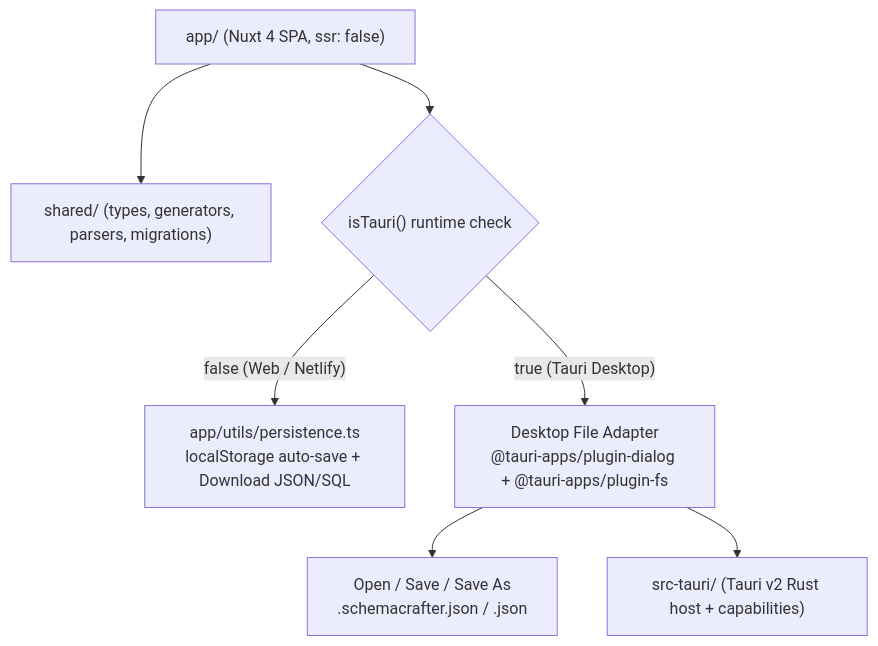
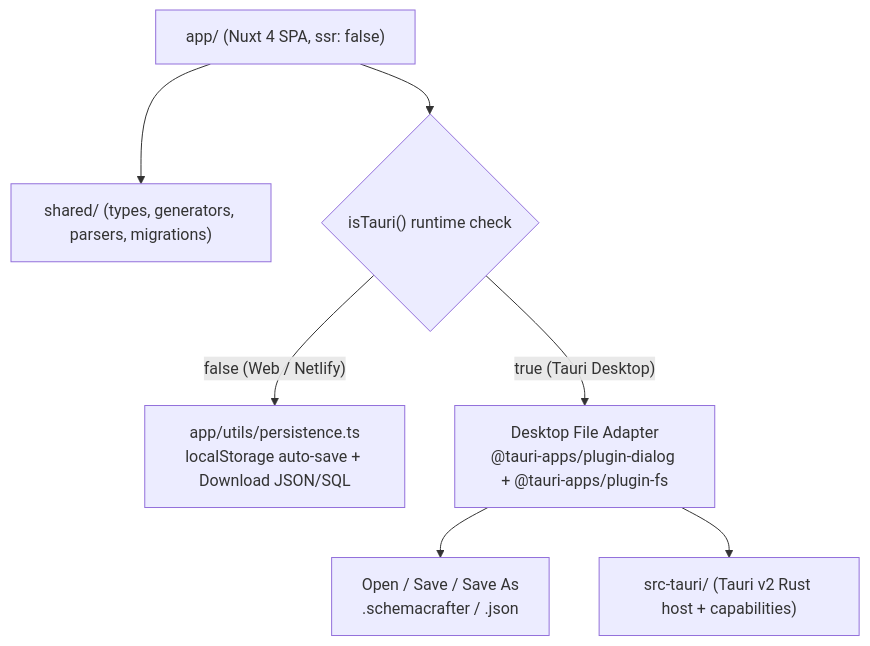
One commit to karlosg3/SchemaCrafter changed the diagram in docs/tauri-overview.md. Above: the diagram before and after it, drawn with Mermaid. The commit also changed other lines of this file and 2 other files, not shown here.

First line of the commit message:
docs: finalize .schemacrafter format and Linux .deb target in Tauri guides

````diff
--- a/docs/tauri-overview.md
+++ b/docs/tauri-overview.md
@@ -26,11 +26,11 @@
 ```mermaid
 flowchart TD
     UI["app/ (Nuxt 4 SPA, ssr: false)"] --> Shared["shared/ (types, generators, parsers, migrations)"]
     UI --> Runtime{"isTauri() runtime check"}
 
     Runtime -- "false (Web / Netlify)" --> WebStorage["app/utils/persistence.ts\nlocalStorage auto-save + Download JSON/SQL"]
     Runtime -- "true (Tauri Desktop)" --> DesktopFS["Desktop File Adapter\n@tauri-apps/plugin-dialog + @tauri-apps/plugin-fs"]
 
-    DesktopFS --> FileOps["Open / Save / Save As\n.schemacrafter.json / .json"]
+    DesktopFS --> FileOps["Open / Save / Save As\n.schemacrafter / .json"]
     DesktopFS --> RustCore["src-tauri/ (Tauri v2 Rust host + capabilities)"]
 ```
````
